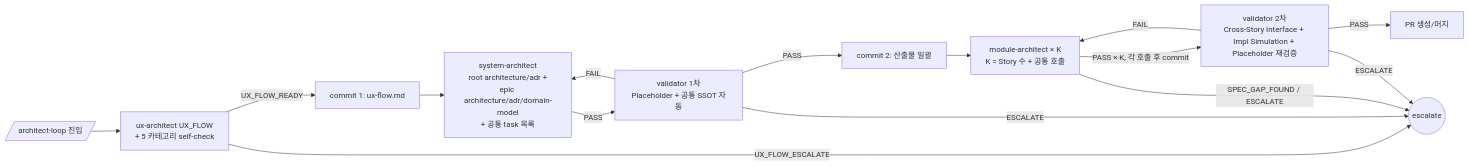
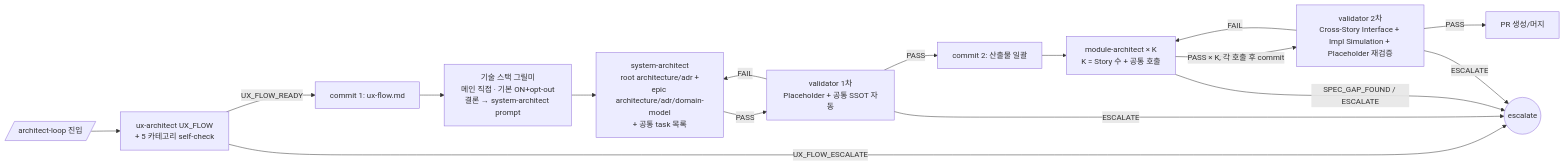
The second of 3 diagrams in docs/plugin/orchestration.md (alruminum/dcNess), drawn with Mermaid before and after one commit. The commit also changed other lines of this file and 3 other files, not shown here.

First line of the commit message:
[feature] architect-loop system-architect 직전 기술 스택 그릴미 체크포인트

````diff
--- a/docs/plugin/orchestration.md
+++ b/docs/plugin/orchestration.md
@@ -76,17 +76,18 @@
 ```mermaid
 flowchart LR
     entry[/architect-loop 진입/] --> ux[ux-architect UX_FLOW<br/>+ 5 카테고리 self-check]
     ux -->|UX_FLOW_READY| c1[commit 1: ux-flow.md]
     ux -->|UX_FLOW_ESCALATE| esc((escalate))
-    c1 --> sd[system-architect<br/>root architecture/adr +<br/>epic architecture/adr/domain-model<br/>+ 공통 task 목록]
+    c1 --> grill[기술 스택 그릴미<br/>메인 직접 · 기본 ON+opt-out<br/>결론 → system-architect prompt]
+    grill --> sd[system-architect<br/>root architecture/adr +<br/>epic architecture/adr/domain-model<br/>+ 공통 task 목록]
     sd -->|PASS| dv1[validator 1차<br/>Placeholder + 공통 SSOT 자동]
     dv1 -->|PASS| c2[commit 2: 산출물 일괄]
     dv1 -->|FAIL| sd
     dv1 -->|ESCALATE| esc
     c2 --> mp[module-architect × K<br/>K = Story 수 + 공통 호출]
     mp -->|PASS × K, 각 호출 후 commit| dv2[validator 2차<br/>Cross-Story Interface + Impl Simulation + Placeholder 재검증]
     mp -->|SPEC_GAP_FOUND / ESCALATE| esc
     dv2 -->|PASS| done[PR 생성/머지]
     dv2 -->|FAIL| mp
     dv2 -->|ESCALATE| esc
 ```
````
